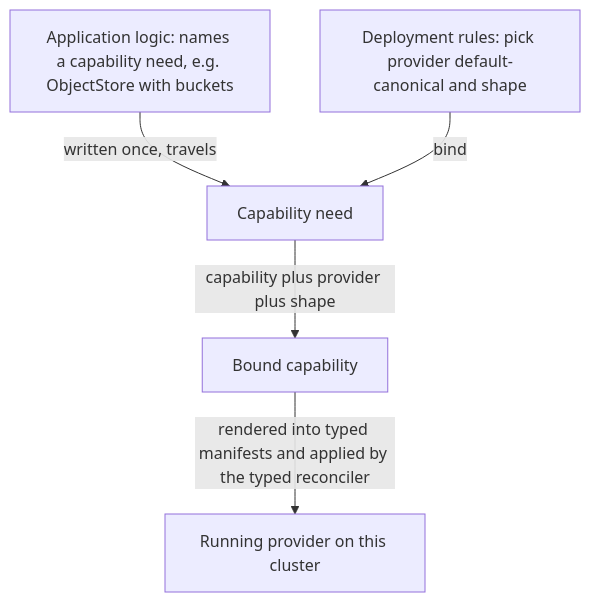
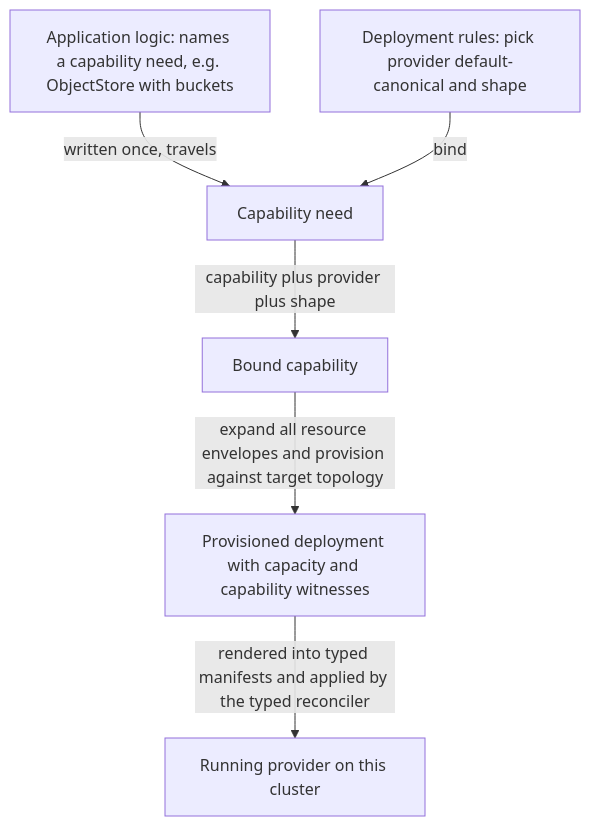
The first of 2 diagrams in documents/engineering/service_capability_doctrine.md (Tuee22/amoebius), drawn with Mermaid before and after one commit. The commit also changed other lines of this file and 87 other files, not shown here.

````diff
--- a/documents/engineering/service_capability_doctrine.md
+++ b/documents/engineering/service_capability_doctrine.md
@@ -154,7 +186,8 @@
 ```mermaid
 flowchart TD
   app[Application logic: names a capability need, e.g. ObjectStore with buckets] -->|written once, travels| need[Capability need]
   rules[Deployment rules: pick provider default-canonical and shape] -->|bind| need
   need -->|capability plus provider plus shape| bound[Bound capability]
-  bound -->|rendered into typed manifests and applied by the typed reconciler| live[Running provider on this cluster]
+  bound -->|expand all resource envelopes and provision against target topology| checked[Provisioned deployment with capacity and capability witnesses]
+  checked -->|rendered into typed manifests and applied by the typed reconciler| live[Running provider on this cluster]
 ```
````
